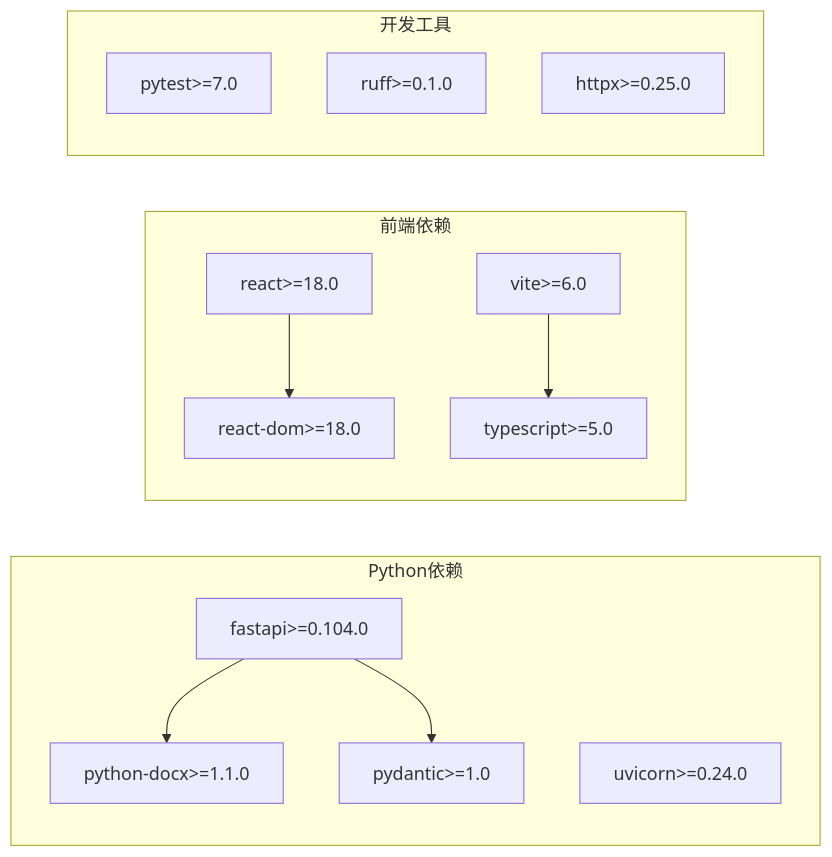
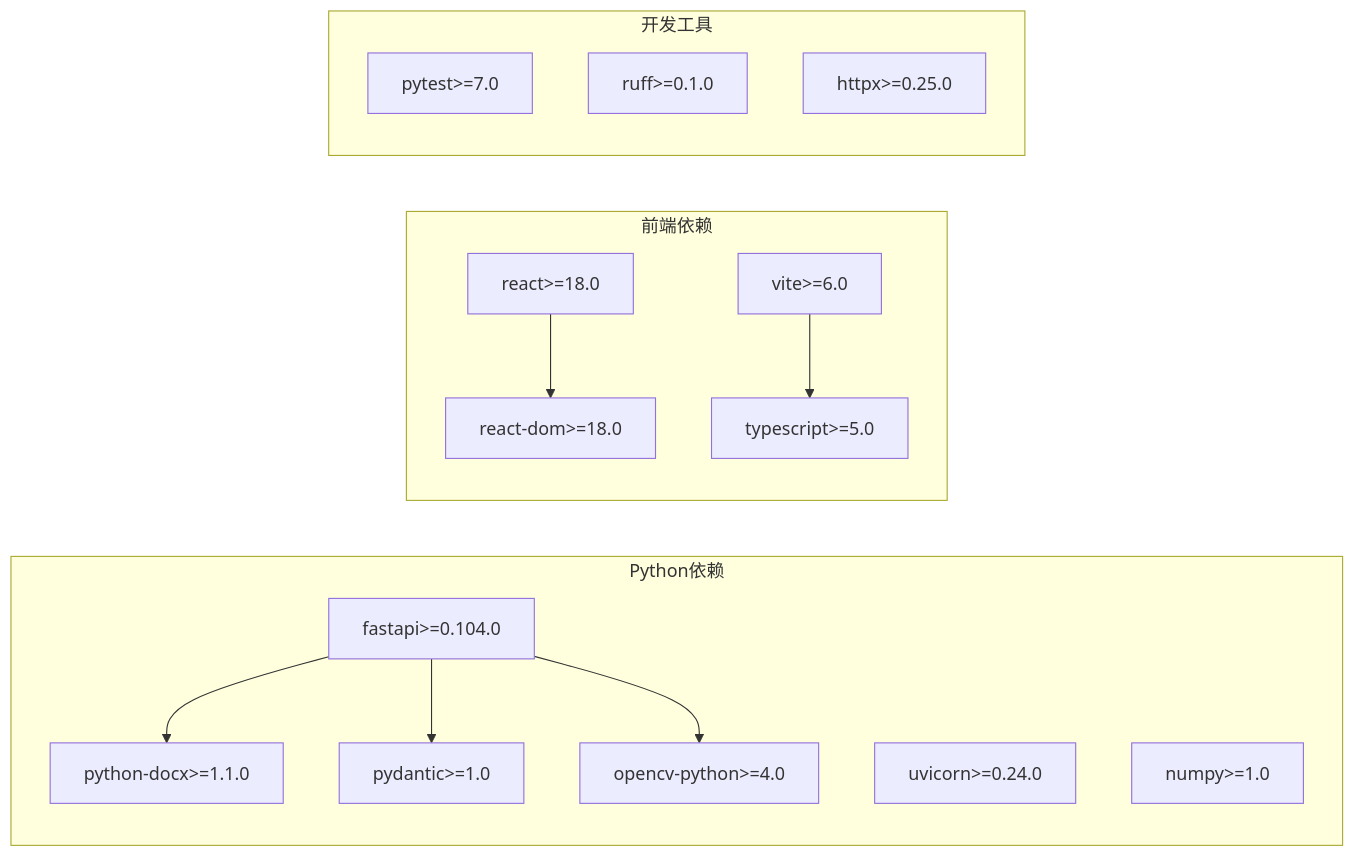
The eighth of 9 diagrams in .qoder/repowiki/zh/content/项目结构/核心生成器.md (SimonWHL/math-learning), drawn with Mermaid before and after one commit. The commit also changed other lines of this file and 17 other files, not shown here.

````diff
--- a/.qoder/repowiki/zh/content/项目结构/核心生成器.md
+++ b/.qoder/repowiki/zh/content/项目结构/核心生成器.md
@@ -251,24 +324,27 @@
 ```mermaid
 graph LR
 subgraph "Python依赖"
 FastAPI[fastapi>=0.104.0]
 Uvicorn[uvicorn>=0.24.0]
 Docx[python-docx>=1.1.0]
 Pydantic[pydantic>=1.0]
+OpenCV[opencv-python>=4.0]
+NumPy[numpy>=1.0]
 end
 subgraph "前端依赖"
 React[react>=18.0]
 ReactDOM[react-dom>=18.0]
 Vite[vite>=6.0]
 Typescript[typescript>=5.0]
 end
 subgraph "开发工具"
 PyTest[pytest>=7.0]
 Ruff[ruff>=0.1.0]
 Httpx[httpx>=0.25.0]
 end
 FastAPI --> Docx
 FastAPI --> Pydantic
+FastAPI --> OpenCV
 React --> ReactDOM
 Vite --> Typescript
 ```
````
